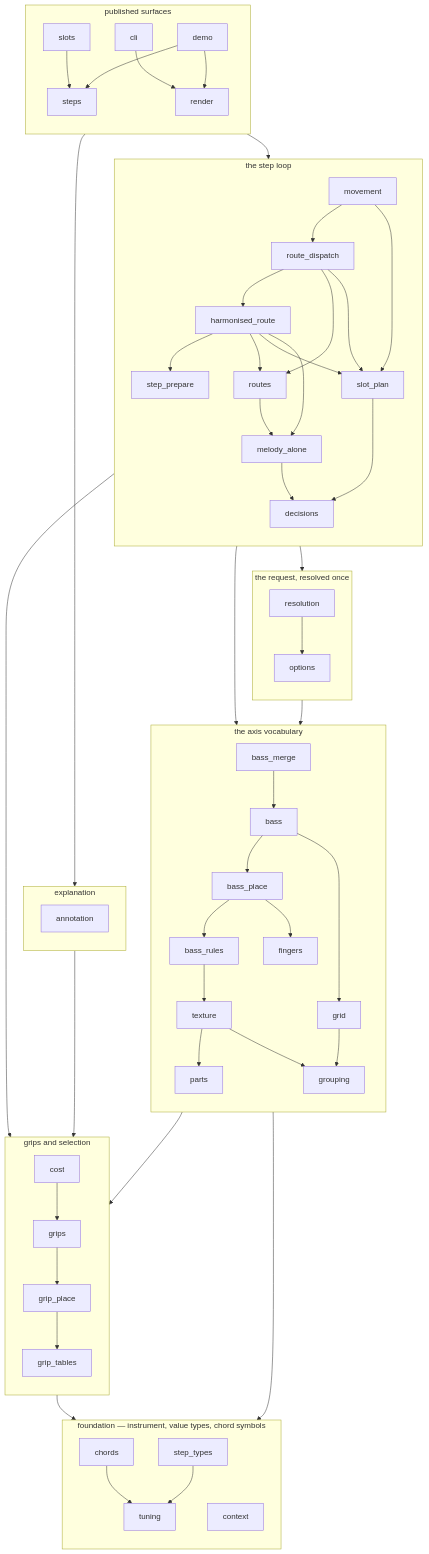
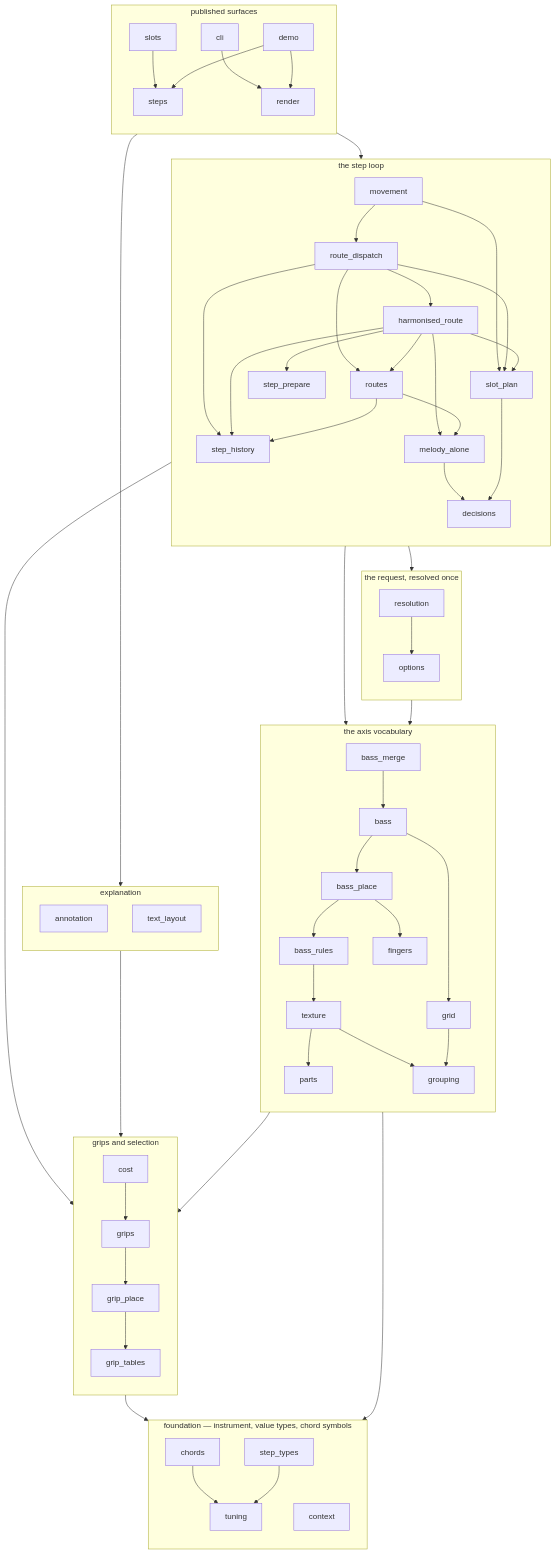
The first of 2 diagrams in docs/dependency-dag.md (jcundill/arranger), drawn with Mermaid before and after one commit. The commit also changed other lines of this file and 15 other files, not shown here.

```diff
--- a/docs/dependency-dag.md
+++ b/docs/dependency-dag.md
@@ -49,17 +49,21 @@
         routes["routes"]
         slot_plan["slot_plan"]
         melody_alone["melody_alone"]
+        step_history["step_history"]
         decisions["decisions"]
         movement --> route_dispatch
         movement --> slot_plan
         route_dispatch --> harmonised_route
         route_dispatch --> routes
         route_dispatch --> slot_plan
+        route_dispatch --> step_history
         harmonised_route --> step_prepare
         harmonised_route --> routes
         harmonised_route --> slot_plan
         harmonised_route --> melody_alone
+        harmonised_route --> step_history
         routes --> melody_alone
+        routes --> step_history
         melody_alone --> decisions
         slot_plan --> decisions
     end
@@ -95,6 +99,7 @@
     subgraph layer_explanation["explanation"]
         direction TB
         annotation["annotation"]
+        text_layout["text_layout"]
     end
 
     subgraph layer_grips["grips and selection"]
```
